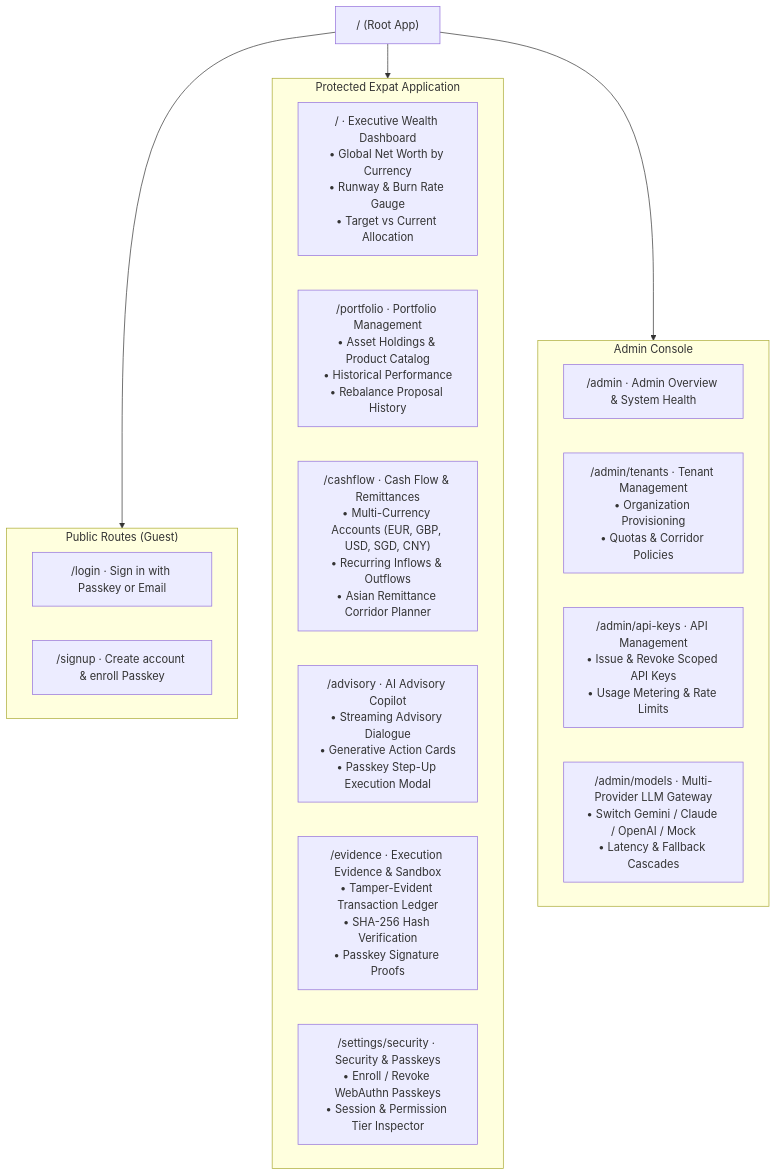
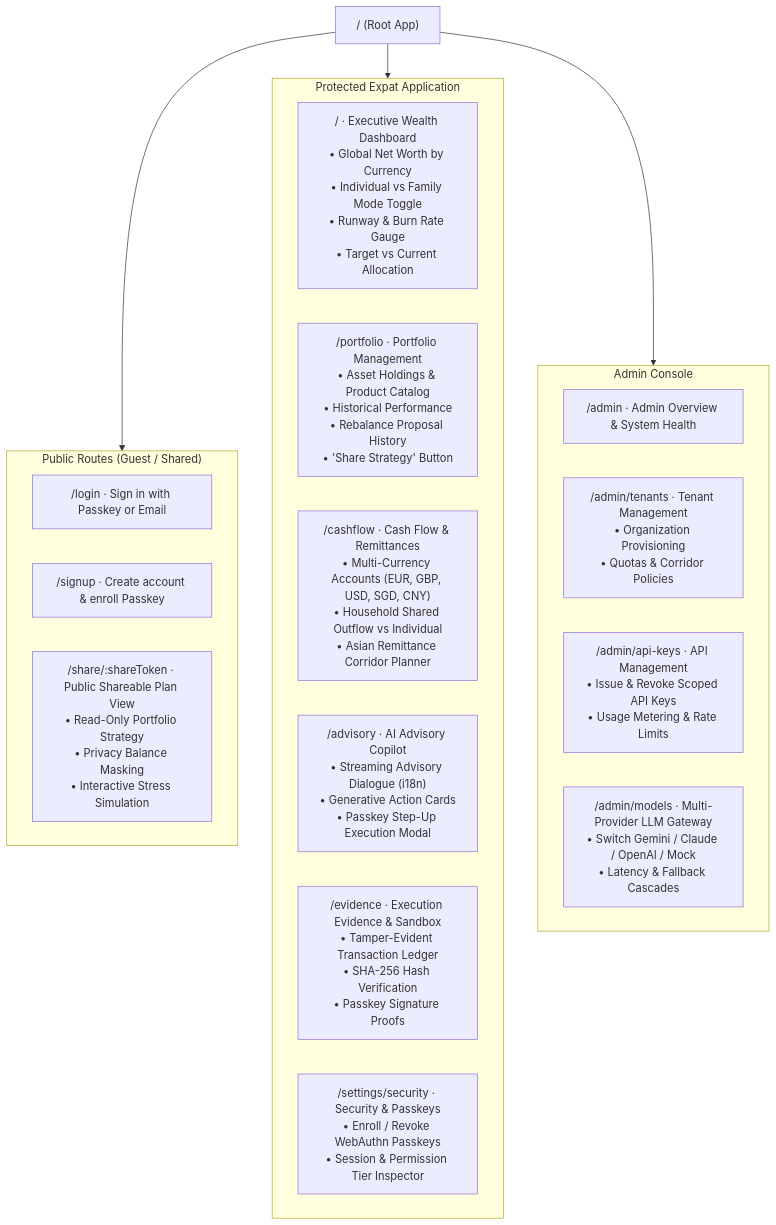
The second of 3 diagrams in IMPLEMENTATION_PLAN.md (Nikhil-Mundhra/Wealth-Advisor), drawn with Mermaid before and after one commit. The commit also changed other lines of this file, not shown here.

Commit message:
feat(plan): add household cashflow mode, shareable plan URLs, i18n, and dark mode

````diff
--- a/IMPLEMENTATION_PLAN.md
+++ b/IMPLEMENTATION_PLAN.md
@@ -138,29 +136,30 @@
 ```mermaid
 flowchart TD
     Root["/ (Root App)"]
     
-    subgraph PublicRoutes["Public Routes (Guest)"]
+    subgraph PublicRoutes["Public Routes (Guest / Shared)"]
         Login["/login · Sign in with Passkey or Email"]
         Signup["/signup · Create account & enroll Passkey"]
+        ShareView["/share/:shareToken · Public Shareable Plan View\n• Read-Only Portfolio Strategy\n• Privacy Balance Masking\n• Interactive Stress Simulation"]
     end
 
     subgraph ProtectedRoutes["Protected Expat Application"]
-        Home["/ · Executive Wealth Dashboard\n• Global Net Worth by Currency\n• Runway & Burn Rate Gauge\n• Target vs Current Allocation"]
-        Portfolio["/portfolio · Portfolio Management\n• Asset Holdings & Product Catalog\n• Historical Performance\n• Rebalance Proposal History"]
-        Cashflow["/cashflow · Cash Flow & Remittances\n• Multi-Currency Accounts (EUR, GBP, USD, SGD, CNY)\n• Recurring Inflows & Outflows\n• Asian Remittance Corridor Planner"]
-        Advisory["/advisory · AI Advisory Copilot\n• Streaming Advisory Dialogue\n• Generative Action Cards\n• Passkey Step-Up Execution Modal"]
+        Home["/ · Executive Wealth Dashboard\n• Global Net Worth by Currency\n• Individual vs Family Mode Toggle\n• Runway & Burn Rate Gauge\n• Target vs Current Allocation"]
+        Portfolio["/portfolio · Portfolio Management\n• Asset Holdings & Product Catalog\n• Historical Performance\n• Rebalance Proposal History\n• 'Share Strategy' Button"]
+        Cashflow["/cashflow · Cash Flow & Remittances\n• Multi-Currency Accounts (EUR, GBP, USD, SGD, CNY)\n• Household Shared Outflow vs Individual\n• Asian Remittance Corridor Planner"]
+        Advisory["/advisory · AI Advisory Copilot\n• Streaming Advisory Dialogue (i18n)\n• Generative Action Cards\n• Passkey Step-Up Execution Modal"]
         Evidence["/evidence · Execution Evidence & Sandbox\n• Tamper-Evident Transaction Ledger\n• SHA-256 Hash Verification\n• Passkey Signature Proofs"]
         SecuritySettings["/settings/security · Security & Passkeys\n• Enroll / Revoke WebAuthn Passkeys\n• Session & Permission Tier Inspector"]
     end
 
     subgraph AdminRoutes["Admin Console"]
         AdminDashboard["/admin · Admin Overview & System Health"]
         AdminTenants["/admin/tenants · Tenant Management\n• Organization Provisioning\n• Quotas & Corridor Policies"]
         AdminApiKeys["/admin/api-keys · API Management\n• Issue & Revoke Scoped API Keys\n• Usage Metering & Rate Limits"]
         AdminModels["/admin/models · Multi-Provider LLM Gateway\n• Switch Gemini / Claude / OpenAI / Mock\n• Latency & Fallback Cascades"]
     end
 
     Root --> PublicRoutes
     Root --> ProtectedRoutes
     Root --> AdminRoutes
 ```
````
